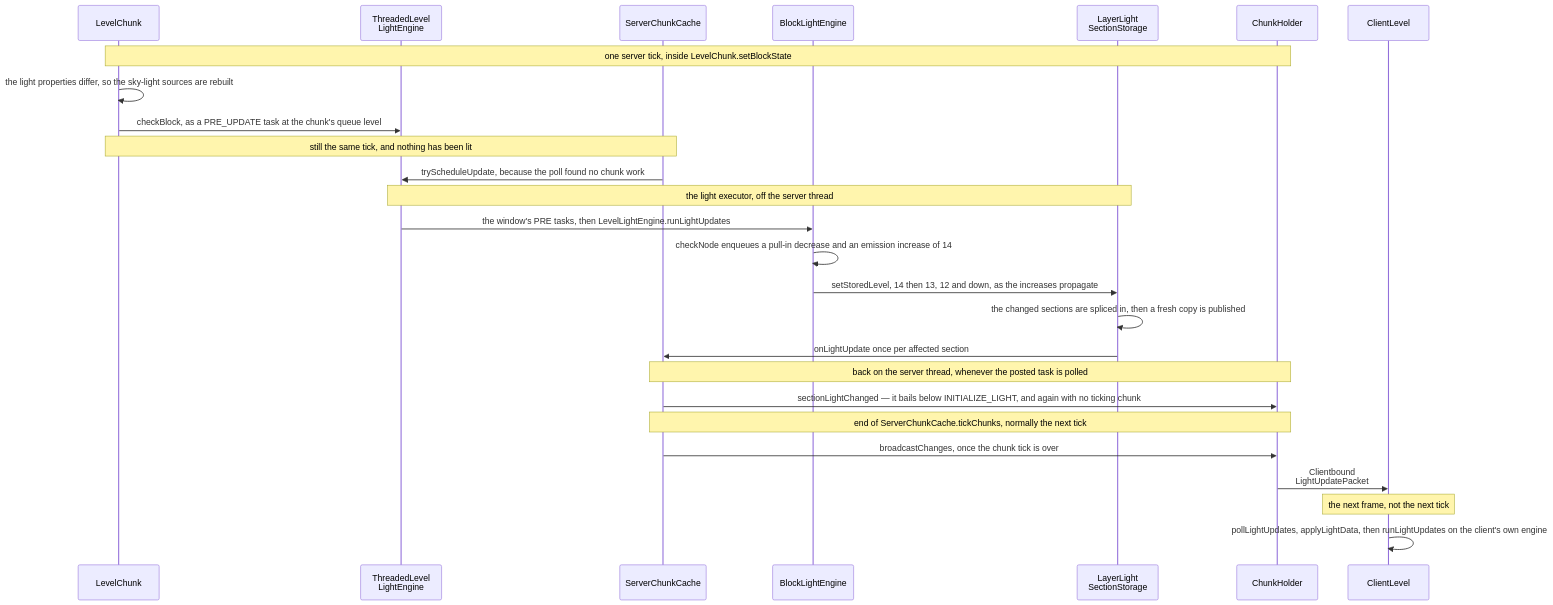
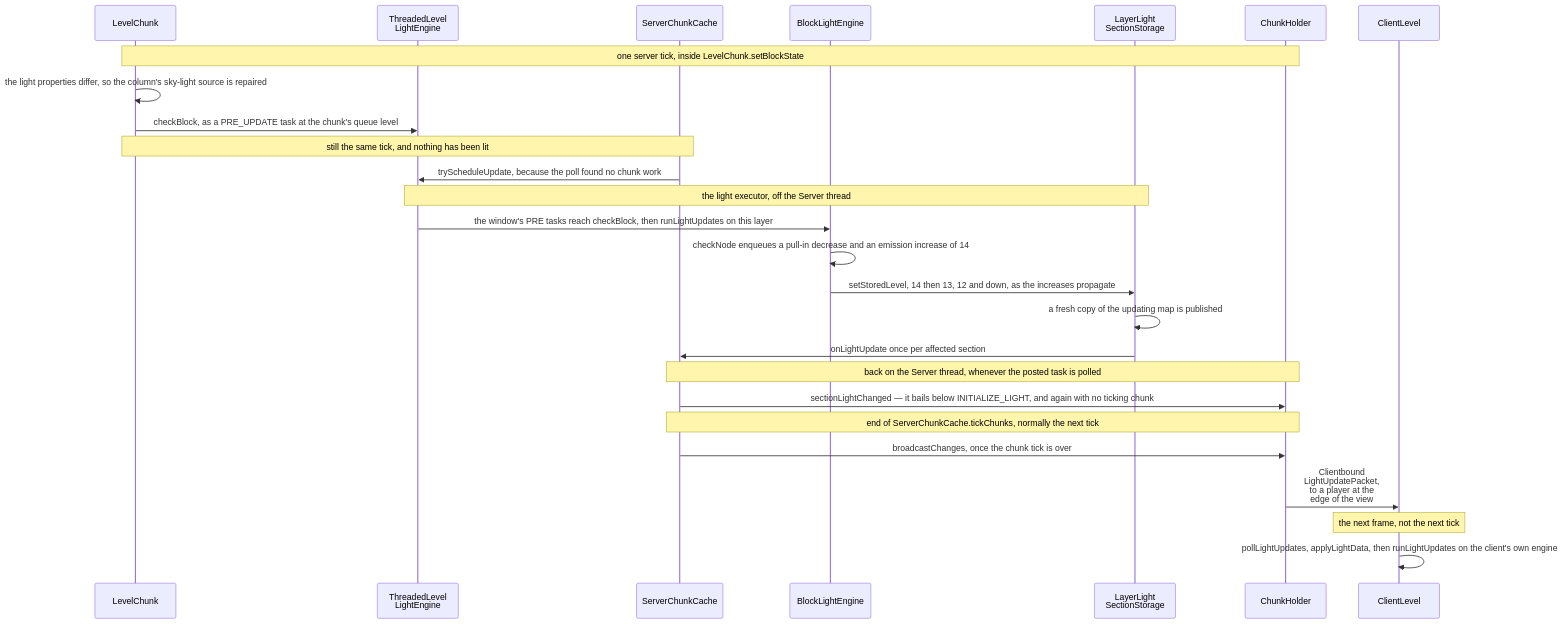
The first of 2 diagrams in src/systems/world/lighting.md (AlexanderjFraser/MinecraftDocs), drawn with Mermaid before and after one commit. The commit also changed other lines of this file and 20 other files, not shown here.

````diff
--- a/src/systems/world/lighting.md
+++ b/src/systems/world/lighting.md
@@ -34,29 +37,29 @@
 ```mermaid
 sequenceDiagram
     participant LC as LevelChunk
     participant TLE as ThreadedLevel<br/>LightEngine
     participant SCC as ServerChunkCache
     participant BLE as BlockLightEngine
     participant LLSS as LayerLight<br/>SectionStorage
     participant CH as ChunkHolder
     participant CL as ClientLevel
 
     Note over LC,CH: one server tick, inside LevelChunk.setBlockState
-    LC->>LC: the light properties differ, so the sky-light sources are rebuilt
+    LC->>LC: the light properties differ, so the column's sky-light source is repaired
     LC->>TLE: checkBlock, as a PRE_UPDATE task at the chunk's queue level
     Note over LC,SCC: still the same tick, and nothing has been lit
     SCC->>TLE: tryScheduleUpdate, because the poll found no chunk work
-    Note over TLE,LLSS: the light executor, off the server thread
-    TLE->>BLE: the window's PRE tasks, then LevelLightEngine.runLightUpdates
+    Note over TLE,LLSS: the light executor, off the Server thread
+    TLE->>BLE: the window's PRE tasks reach checkBlock, then runLightUpdates on this layer
     BLE->>BLE: checkNode enqueues a pull-in decrease and an emission increase of 14
     BLE->>LLSS: setStoredLevel, 14 then 13, 12 and down, as the increases propagate
-    LLSS->>LLSS: the changed sections are spliced in, then a fresh copy is published
+    LLSS->>LLSS: a fresh copy of the updating map is published
     LLSS->>SCC: onLightUpdate once per affected section
-    Note over SCC,CH: back on the server thread, whenever the posted task is polled
+    Note over SCC,CH: back on the Server thread, whenever the posted task is polled
     SCC->>CH: sectionLightChanged — it bails below INITIALIZE_LIGHT, and again with no ticking chunk
     Note over SCC,CH: end of ServerChunkCache.tickChunks, normally the next tick
     SCC->>CH: broadcastChanges, once the chunk tick is over
-    CH->>CL: Clientbound<br/>LightUpdatePacket
+    CH->>CL: Clientbound<br/>LightUpdatePacket,<br/>to a player at the<br/>edge of the view
     Note over CL: the next frame, not the next tick
     CL->>CL: pollLightUpdates, applyLightData, then runLightUpdates on the client's own engine
 ```
````
